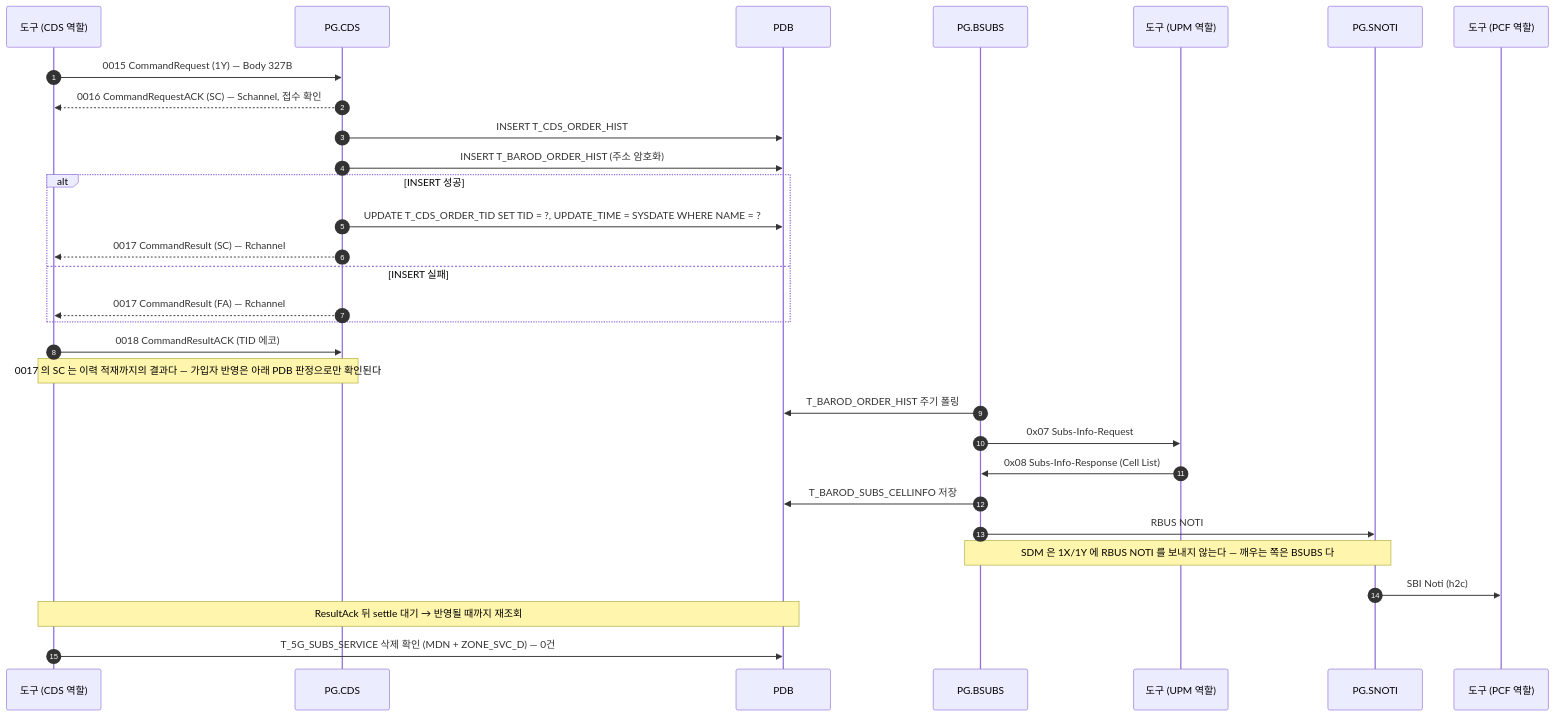
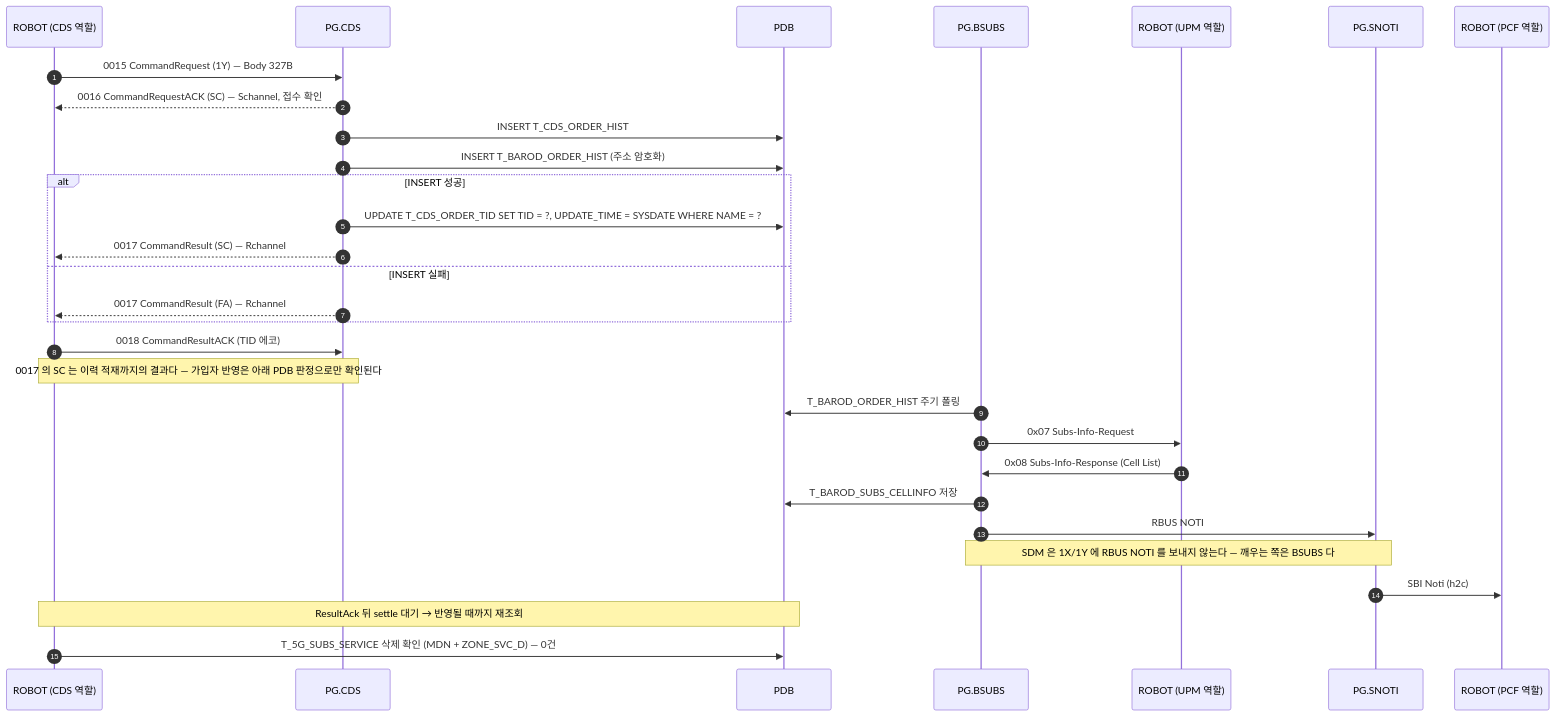
Before and after one commit to IanKim2030/tc4robot: the diagram in docs/callflow/CDS_1Y.md, drawn with Mermaid. The commit also changed 19 other files, not shown here.

First line of the commit message:
docs: 콜플로우 참여자 표기를 도구 → ROBOT 으로

````diff
--- a/docs/callflow/CDS_1Y.md
+++ b/docs/callflow/CDS_1Y.md
@@ -17,34 +17,34 @@
 ```mermaid
 sequenceDiagram
     autonumber
-    participant TOOL as 도구 (CDS 역할)
+    participant TOOL as ROBOT (CDS 역할)
     participant PCDS as PG.CDS
     participant PDB as PDB
     participant BSUBS as PG.BSUBS
-    participant UPM as 도구 (UPM 역할)
+    participant UPM as ROBOT (UPM 역할)
     participant SNOTI as PG.SNOTI
-    participant PCF as 도구 (PCF 역할)
+    participant PCF as ROBOT (PCF 역할)
 
     TOOL->>PCDS: 0015 CommandRequest (1Y) — Body 327B
     PCDS-->>TOOL: 0016 CommandRequestACK (SC) — Schannel, 접수 확인
     PCDS->>PDB: INSERT T_CDS_ORDER_HIST
     PCDS->>PDB: INSERT T_BAROD_ORDER_HIST (주소 암호화)
     alt INSERT 성공
         PCDS->>PDB: UPDATE T_CDS_ORDER_TID SET TID = ?, UPDATE_TIME = SYSDATE WHERE NAME = ?
         PCDS-->>TOOL: 0017 CommandResult (SC) — Rchannel
     else INSERT 실패
         PCDS-->>TOOL: 0017 CommandResult (FA) — Rchannel
     end
     TOOL->>PCDS: 0018 CommandResultACK (TID 에코)
     Note over TOOL,PCDS: 0017 의 SC 는 이력 적재까지의 결과다 — 가입자 반영은 아래 PDB 판정으로만 확인된다
 
     BSUBS->>PDB: T_BAROD_ORDER_HIST 주기 폴링
     BSUBS->>UPM: 0x07 Subs-Info-Request
     UPM->>BSUBS: 0x08 Subs-Info-Response (Cell List)
     BSUBS->>PDB: T_BAROD_SUBS_CELLINFO 저장
     BSUBS->>SNOTI: RBUS NOTI
     Note over BSUBS,SNOTI: SDM 은 1X/1Y 에 RBUS NOTI 를 보내지 않는다 — 깨우는 쪽은 BSUBS 다
     SNOTI->>PCF: SBI Noti (h2c)
     Note over TOOL,PDB: ResultAck 뒤 settle 대기 → 반영될 때까지 재조회
     TOOL->>PDB: T_5G_SUBS_SERVICE 삭제 확인 (MDN + ZONE_SVC_D) — 0건
 ```
````
